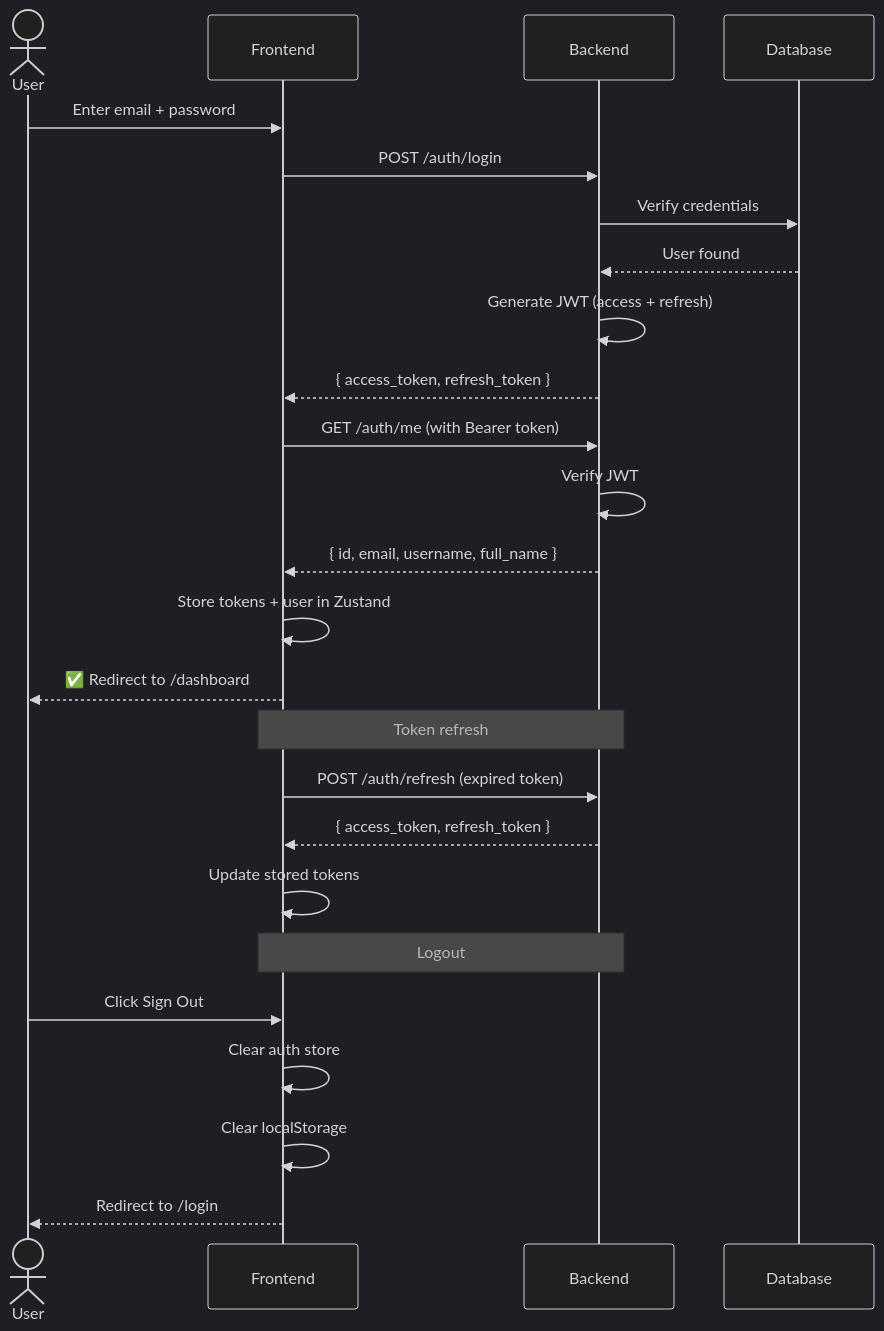
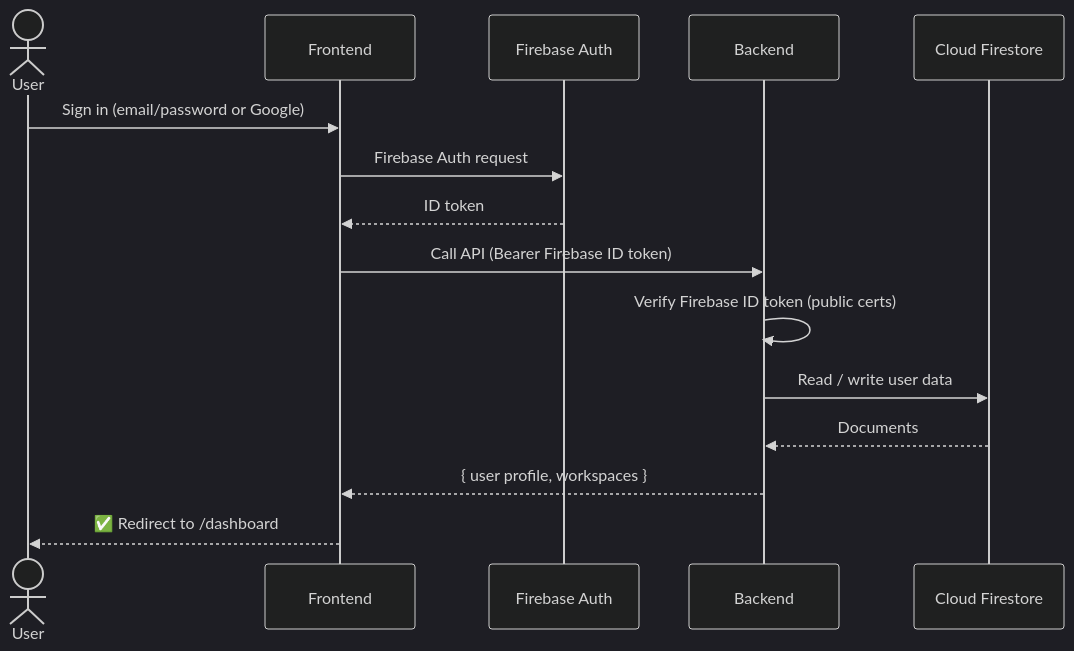
The sixth of 10 diagrams in ARCHITECTURE.md (bunnysayzz/AgentOS), drawn with Mermaid (dark theme) before and after one commit. The commit also changed other lines of this file, not shown here.

Commit message:
docs: purge old PostgreSQL/Aiven architecture from ARCHITECTURE.md

````diff
--- a/ARCHITECTURE.md
+++ b/ARCHITECTURE.md
@@ -458,30 +459,18 @@
 ```mermaid
 sequenceDiagram
     actor U as User
     participant F as Frontend
+    participant FA as Firebase Auth
     participant B as Backend
-    participant DB as Database
+    participant FS as Cloud Firestore
 
-    U->>F: Enter email + password
-    F->>B: POST /auth/login
-    B->>DB: Verify credentials
-    DB-->>B: User found
-    B->>B: Generate JWT (access + refresh)
-    B-->>F: { access_token, refresh_token }
-    F->>B: GET /auth/me (with Bearer token)
-    B->>B: Verify JWT
-    B-->>F: { id, email, username, full_name }
-    F->>F: Store tokens + user in Zustand
+    U->>F: Sign in (email/password or Google)
+    F->>FA: Firebase Auth request
+    FA-->>F: ID token
+    F->>B: Call API (Bearer Firebase ID token)
+    B->>B: Verify Firebase ID token (public certs)
+    B->>FS: Read / write user data
+    FS-->>B: Documents
+    B-->>F: { user profile, workspaces }
     F-->>U: ✅ Redirect to /dashboard
-
-    Note over F,B: Token refresh
-    F->>B: POST /auth/refresh (expired token)
-    B-->>F: { access_token, refresh_token }
-    F->>F: Update stored tokens
-
-    Note over F,B: Logout
-    U->>F: Click Sign Out
-    F->>F: Clear auth store
-    F->>F: Clear localStorage
-    F-->>U: Redirect to /login
 ```
````
